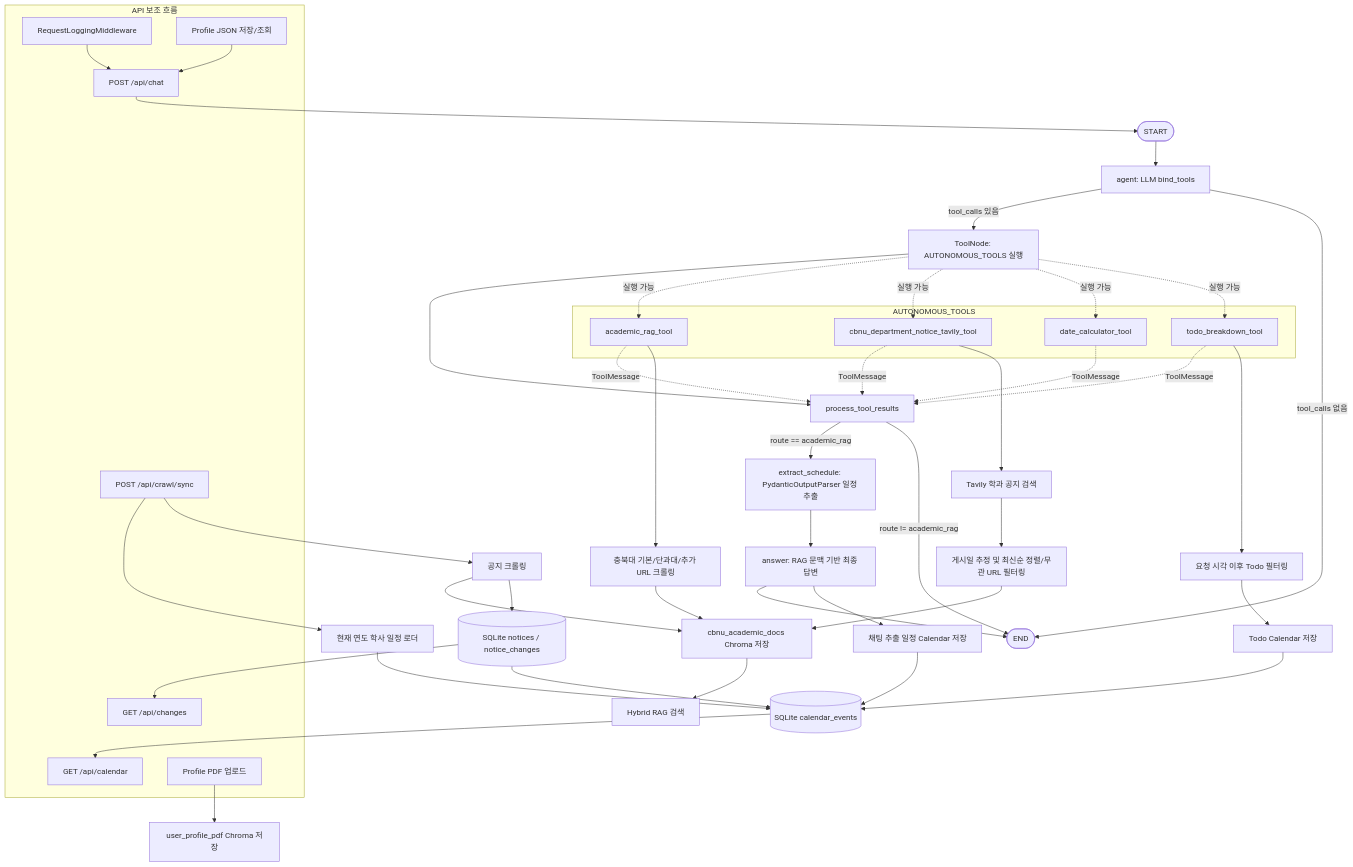
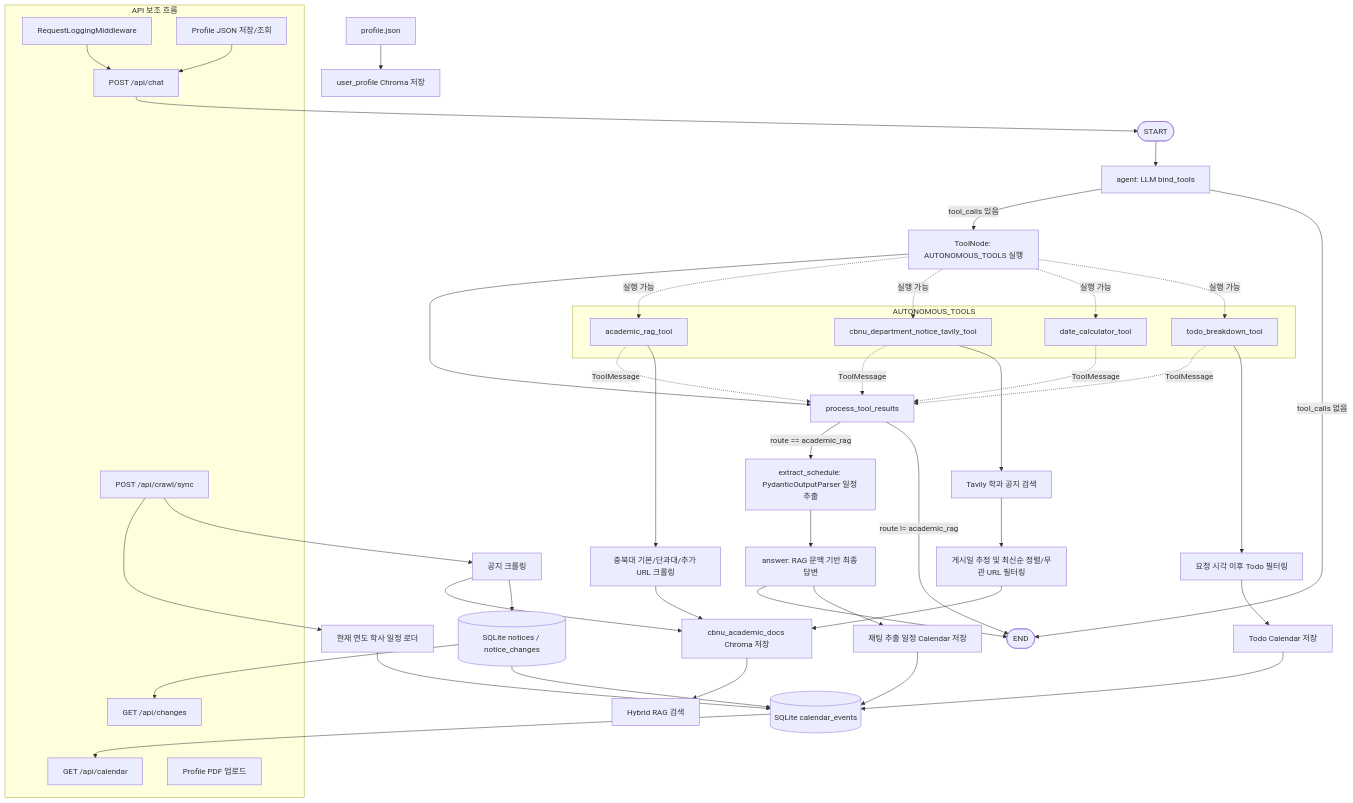
The diagram in cbnu_academic_agent/README.md (MinseokP02/CBNU_Academic_Agent_), drawn with Mermaid before and after one commit.

Commit message:
Change profile_pdf to profile.json in README
Updated the README to reflect changes in profile file naming.

````diff
--- a/cbnu_academic_agent/README.md
+++ b/cbnu_academic_agent/README.md
@@ -47,73 +47,73 @@
 ```mermaid
 flowchart TD
     START([START]) --> agent[agent: LLM bind_tools]
 
     agent -->|tool_calls 있음| tools[ToolNode: AUTONOMOUS_TOOLS 실행]
     agent -->|tool_calls 없음| END([END])
 
     tools --> process[process_tool_results]
 
     process -->|route == academic_rag| extract[extract_schedule: PydanticOutputParser 일정 추출]
     process -->|route != academic_rag| END
 
     extract --> answer[answer: RAG 문맥 기반 최종 답변]
     answer --> END
 
     subgraph autonomous_tools[AUTONOMOUS_TOOLS]
         academic_rag[academic_rag_tool]
         department_notice[cbnu_department_notice_tavily_tool]
         date_calc[date_calculator_tool]
         todo_breakdown[todo_breakdown_tool]
     end
 
     tools -. 실행 가능 .-> academic_rag
     tools -. 실행 가능 .-> department_notice
     tools -. 실행 가능 .-> date_calc
     tools -. 실행 가능 .-> todo_breakdown
 
     academic_rag -. ToolMessage .-> process
     department_notice -. ToolMessage .-> process
     date_calc -. ToolMessage .-> process
     todo_breakdown -. ToolMessage .-> process
 
     academic_rag --> crawl[충북대 기본/단과대/추가 URL 크롤링]
     crawl --> chroma[cbnu_academic_docs Chroma 저장]
     chroma --> rag_search[Hybrid RAG 검색]
 
     department_notice --> tavily[Tavily 학과 공지 검색]
     tavily --> filter_notice[게시일 추정 및 최신순 정렬/무관 URL 필터링]
     filter_notice --> chroma
 
     todo_breakdown --> todo_filter[요청 시각 이후 Todo 필터링]
     todo_filter --> todo_calendar[Todo Calendar 저장]
 
     answer --> schedule_calendar[채팅 추출 일정 Calendar 저장]
 
     subgraph api_side_flows[API 보조 흐름]
         middleware[RequestLoggingMiddleware]
         chat[POST /api/chat]
         profile[Profile JSON 저장/조회]
         sync[POST /api/crawl/sync]
         calendar_api[GET /api/calendar]
         changes_api[GET /api/changes]
         profile_pdf[Profile PDF 업로드]
     end
 
     middleware --> chat
     profile --> chat
     chat --> START
 
     sync --> schedule_loader[현재 연도 학사 일정 로더]
     sync --> notice_crawl[공지 크롤링]
     schedule_loader --> calendar_db[(SQLite calendar_events)]
     notice_crawl --> chroma
     notice_crawl --> change_store[(SQLite notices / notice_changes)]
     change_store --> calendar_db
 
     schedule_calendar --> calendar_db
     todo_calendar --> calendar_db
     calendar_db --> calendar_api
     change_store --> changes_api
 
-    profile_pdf --> profile_chroma[user_profile_pdf Chroma 저장]
+    profile.json --> profile_chroma[user_profile Chroma 저장]
 ```
````
